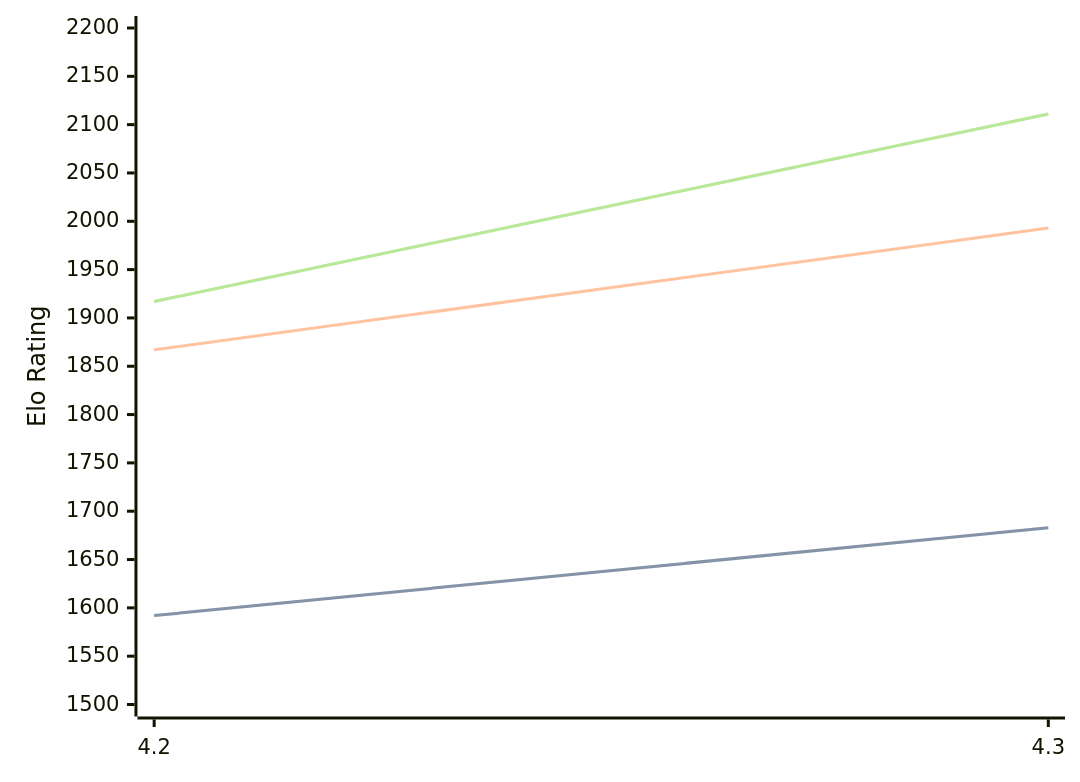
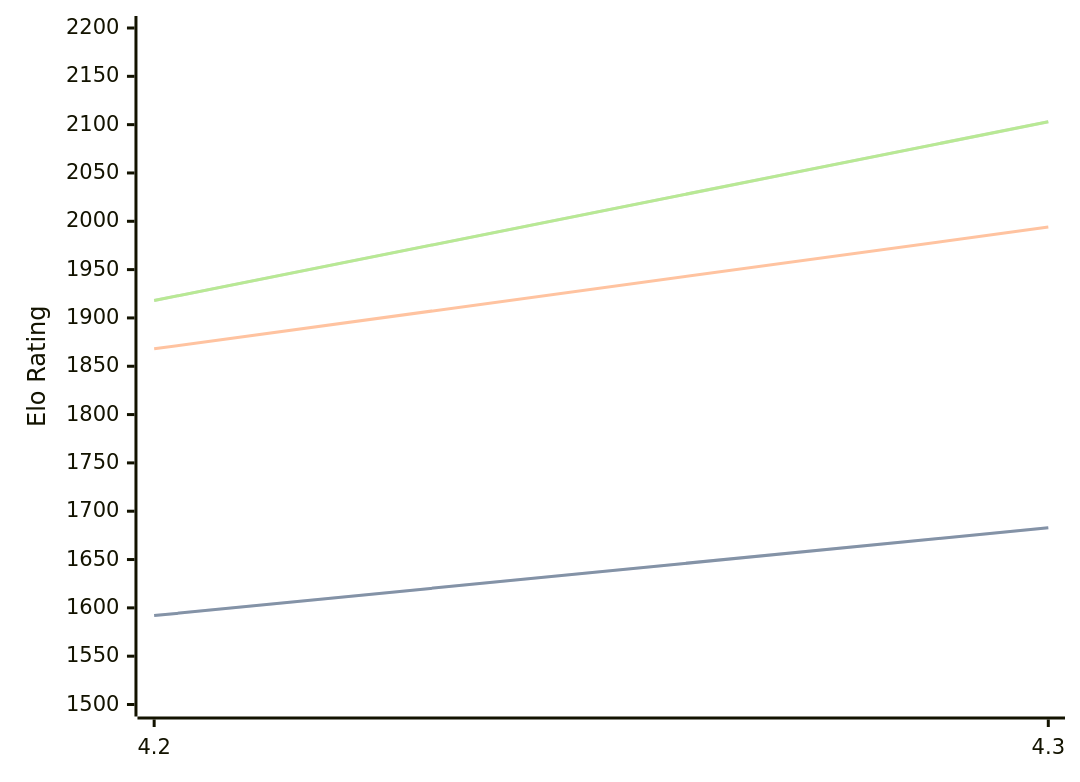
Before and after one commit to computer-chess-index/cci: the diagram in engines/Radiance.md, drawn with Mermaid. The commit also changed other lines of this file, not shown here.

Commit message:
Update CCI Ratings (ELO VLTC) - 2026-04-03

````diff
--- a/engines/Radiance.md
+++ b/engines/Radiance.md
@@ -35,11 +35,11 @@
 ```mermaid
 %%{init: {"theme":"base","themeVariables":{"seriesColors:['#a3a3a3','#222221','#faa371']}}}%%
 xychart-beta
   x-axis ["4.2", "4.3"]
   y-axis "Elo Rating" 1500 --> 2200
   line "STC (8.0+0.08s)" [1592, 1683]
   line "STC (8.0+0.08s)" [1592, 1683]
-  line "LTC (60.0+0.60s)" [1867, 1993]
-  line "VLTC (2m24s+1.12s)" [1917, 2111]
-  line "VLTC (2m24s+1.12s)" [1917, 2111]
+  line "LTC (60.0+0.60s)" [1868, 1994]
+  line "VLTC (2m24s+1.12s)" [1918, 2103]
+  line "VLTC (2m24s+1.12s)" [1918, 2103]
 ```
````
